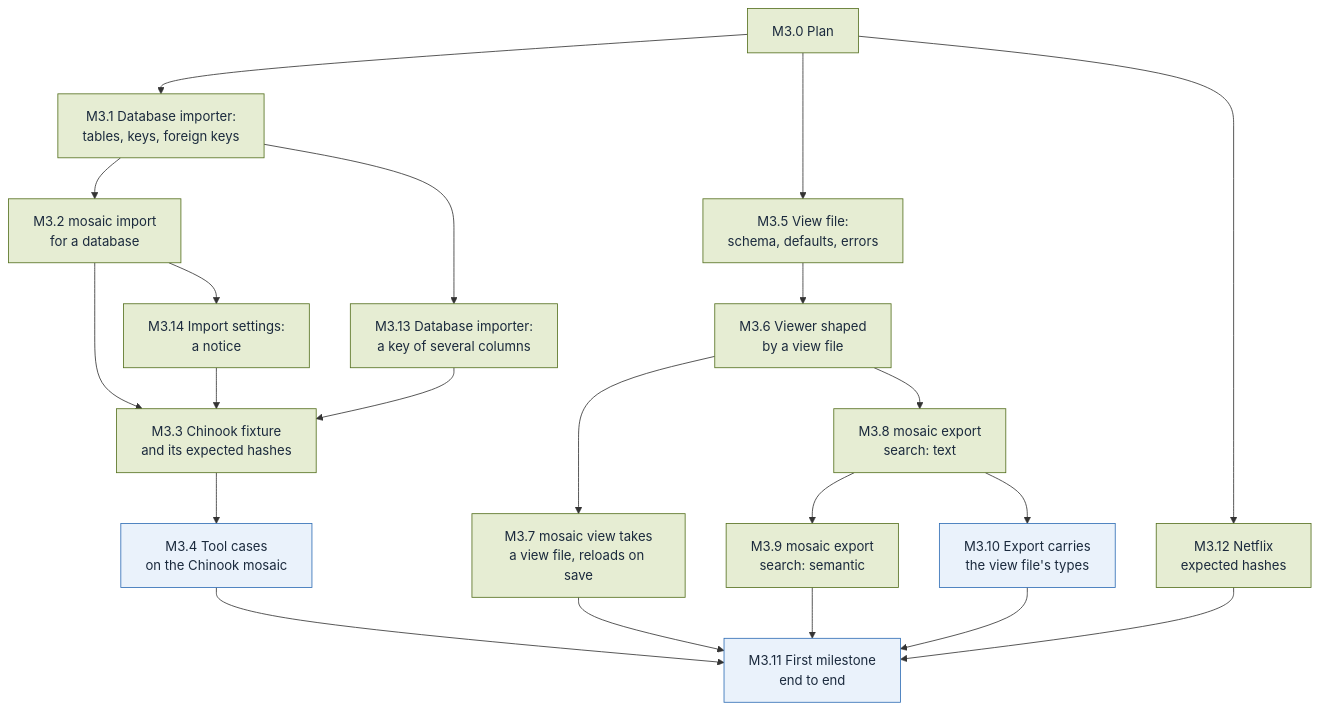
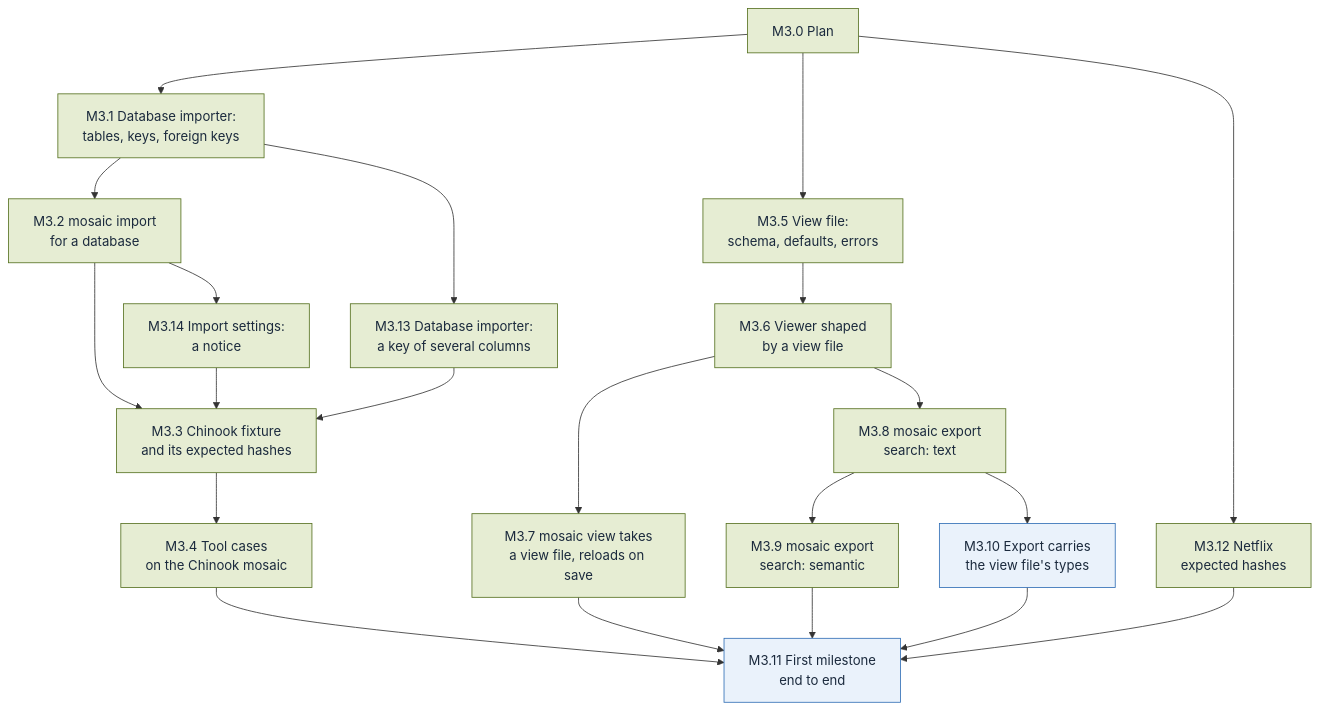
Before and after one commit to alcjor/Mosaic: the diagram in plan/M3.md, drawn with Mermaid. The commit also changed other lines of this file, not shown here.

First line of the commit message:
M3.4 plan: M3.4 done (#133)

````diff
--- a/plan/M3.md
+++ b/plan/M3.md
@@ -3,74 +3,74 @@
 ```mermaid
 flowchart TD
   classDef done fill:#E6EDD3,stroke:#55701F,color:#1B2A3D
   classDef todo fill:#EAF2FB,stroke:#2F6DB5,color:#1B2A3D
   classDef parked fill:#FCEFCF,stroke:#F2B630,color:#1B2A3D
   %% One block per slice: its node, then its status (done, todo or parked).
   %% Blank lines keep each status line apart, so two PRs marking two slices merge cleanly.
 
   M3_0["M3.0 Plan"]
   class M3_0 done
 
   M3_1["M3.1 Database importer:<br/>tables, keys, foreign keys"]
   class M3_1 done
 
   M3_2["M3.2 mosaic import<br/>for a database"]
   class M3_2 done
 
   M3_3["M3.3 Chinook fixture<br/>and its expected hashes"]
   class M3_3 done
 
   M3_4["M3.4 Tool cases<br/>on the Chinook mosaic"]
-  class M3_4 todo
+  class M3_4 done
 
   M3_5["M3.5 View file:<br/>schema, defaults, errors"]
   class M3_5 done
 
   M3_6["M3.6 Viewer shaped<br/>by a view file"]
   class M3_6 done
 
   M3_7["M3.7 mosaic view takes<br/>a view file, reloads on save"]
   class M3_7 done
 
   M3_8["M3.8 mosaic export<br/>search: text"]
   class M3_8 done
 
   M3_9["M3.9 mosaic export<br/>search: semantic"]
   class M3_9 done
 
   M3_10["M3.10 Export carries<br/>the view file's types"]
   class M3_10 todo
 
   M3_11["M3.11 First milestone<br/>end to end"]
   class M3_11 todo
 
   M3_12["M3.12 Netflix<br/>expected hashes"]
   class M3_12 done
 
   M3_13["M3.13 Database importer:<br/>a key of several columns"]
   class M3_13 done
 
   M3_14["M3.14 Import settings:<br/>a notice"]
   class M3_14 done
 
   M3_0 --> M3_1
   M3_1 --> M3_2
   M3_2 --> M3_3
   M3_3 --> M3_4
   M3_0 --> M3_5
   M3_5 --> M3_6
   M3_6 --> M3_7
   M3_6 --> M3_8
   M3_8 --> M3_9
   M3_8 --> M3_10
   M3_4 --> M3_11
   M3_7 --> M3_11
   M3_9 --> M3_11
   M3_10 --> M3_11
   M3_0 --> M3_12
   M3_12 --> M3_11
   M3_1 --> M3_13
   M3_13 --> M3_3
   M3_2 --> M3_14
   M3_14 --> M3_3
 ```
````
